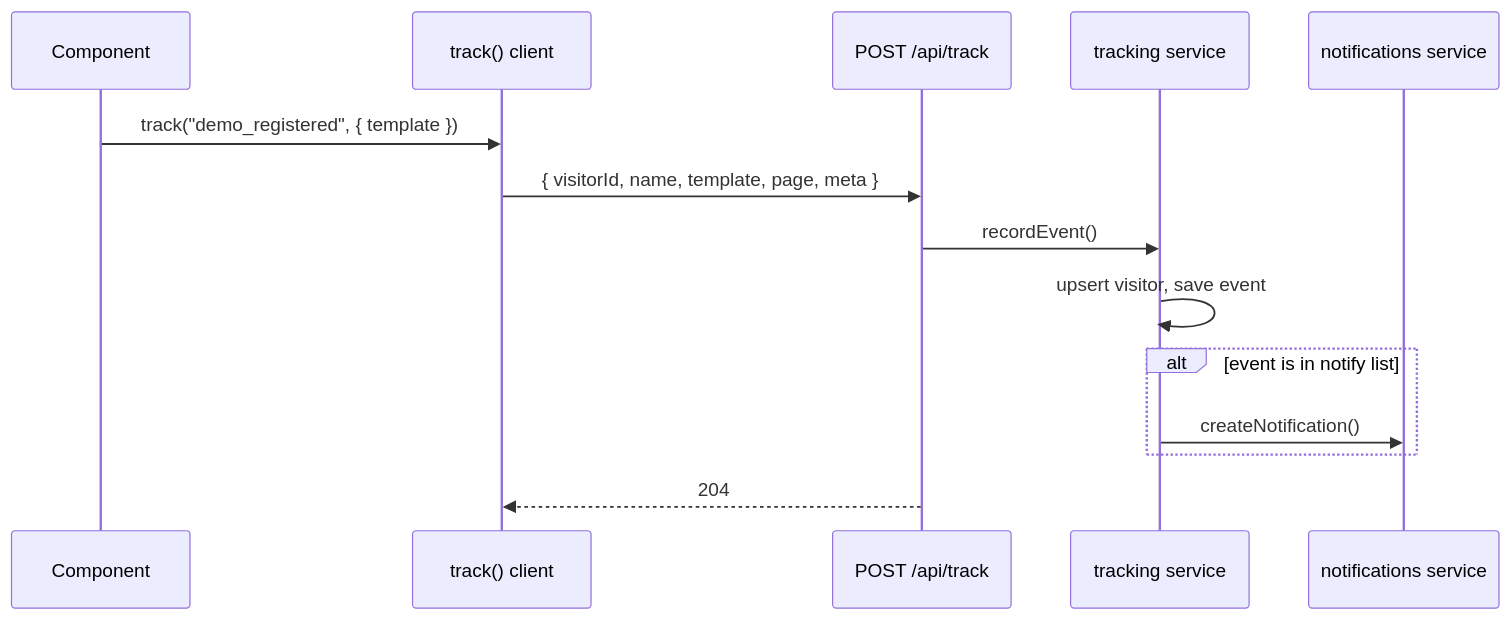
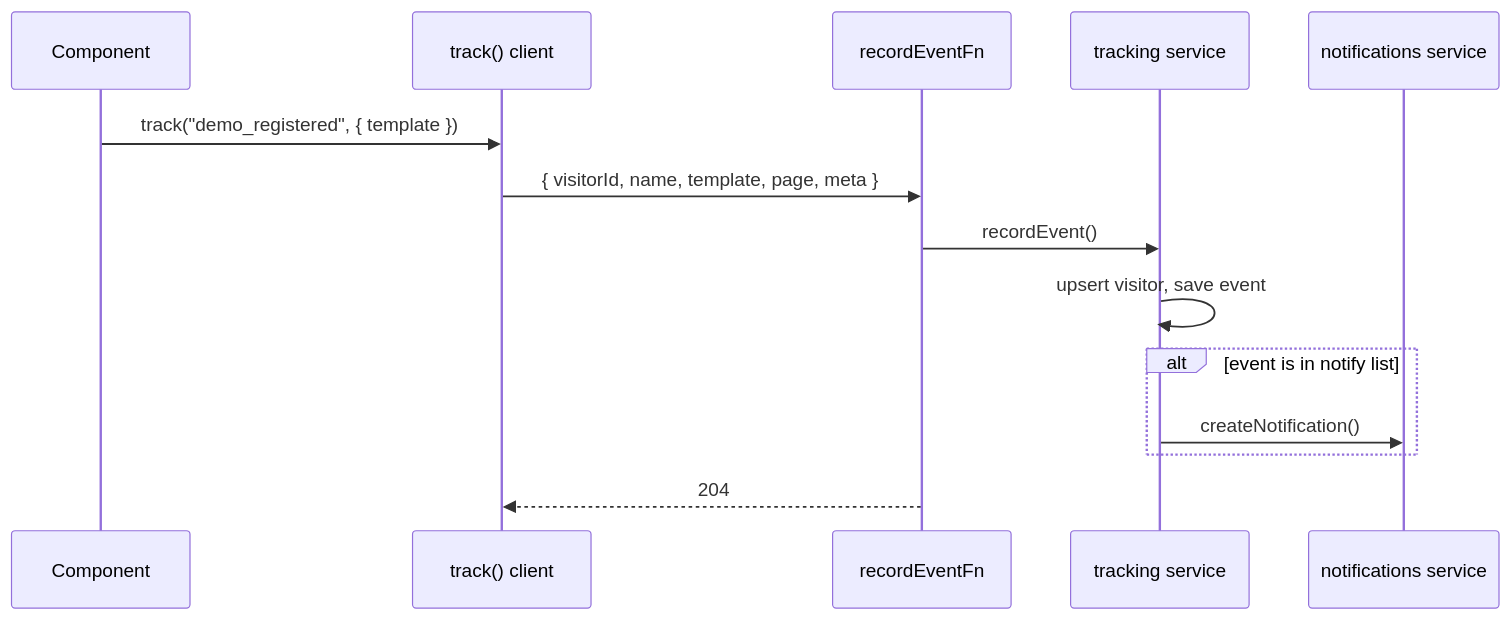
Before and after one commit to AhmedElnagarUU/Demmoss: the diagram in docs/04-data-and-tracking.md, drawn with Mermaid. The commit also changed 20 other files, not shown here.

````diff
--- a/docs/04-data-and-tracking.md
+++ b/docs/04-data-and-tracking.md
@@ -75,16 +75,16 @@
 ```mermaid
 sequenceDiagram
   participant C as Component
   participant T as track() client
-  participant A as POST /api/track
+  participant A as recordEventFn
   participant S as tracking service
   participant N as notifications service
   C->>T: track("demo_registered", { template })
   T->>A: { visitorId, name, template, page, meta }
   A->>S: recordEvent()
   S->>S: upsert visitor, save event
   alt event is in notify list
     S->>N: createNotification()
   end
   A-->>T: 204
 ```
````
